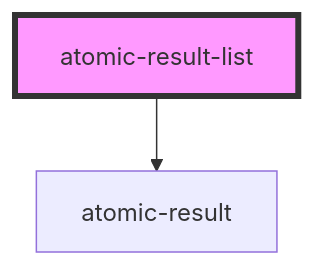
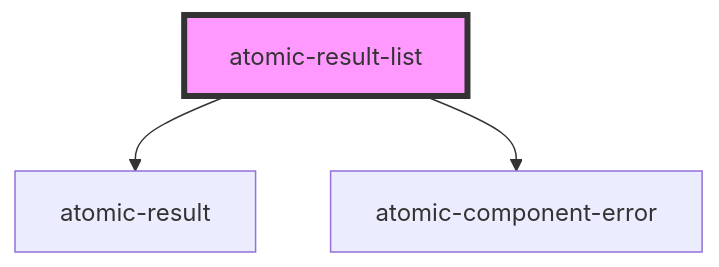
One commit to coveo/ui-kit changed the diagram in packages/atomic/src/components/atomic-result-list/readme.md. Above: the diagram before and after it, drawn with Mermaid. The commit also changed other lines of this file and 35 other files, not shown here.

````diff
--- a/packages/atomic/src/components/atomic-result-list/readme.md
+++ b/packages/atomic/src/components/atomic-result-list/readme.md
@@ -15,5 +16,6 @@
 ```mermaid
 graph TD;
   atomic-result-list --> atomic-result
+  atomic-result-list --> atomic-component-error
   style atomic-result-list fill:#f9f,stroke:#333,stroke-width:4px
 ```
````
